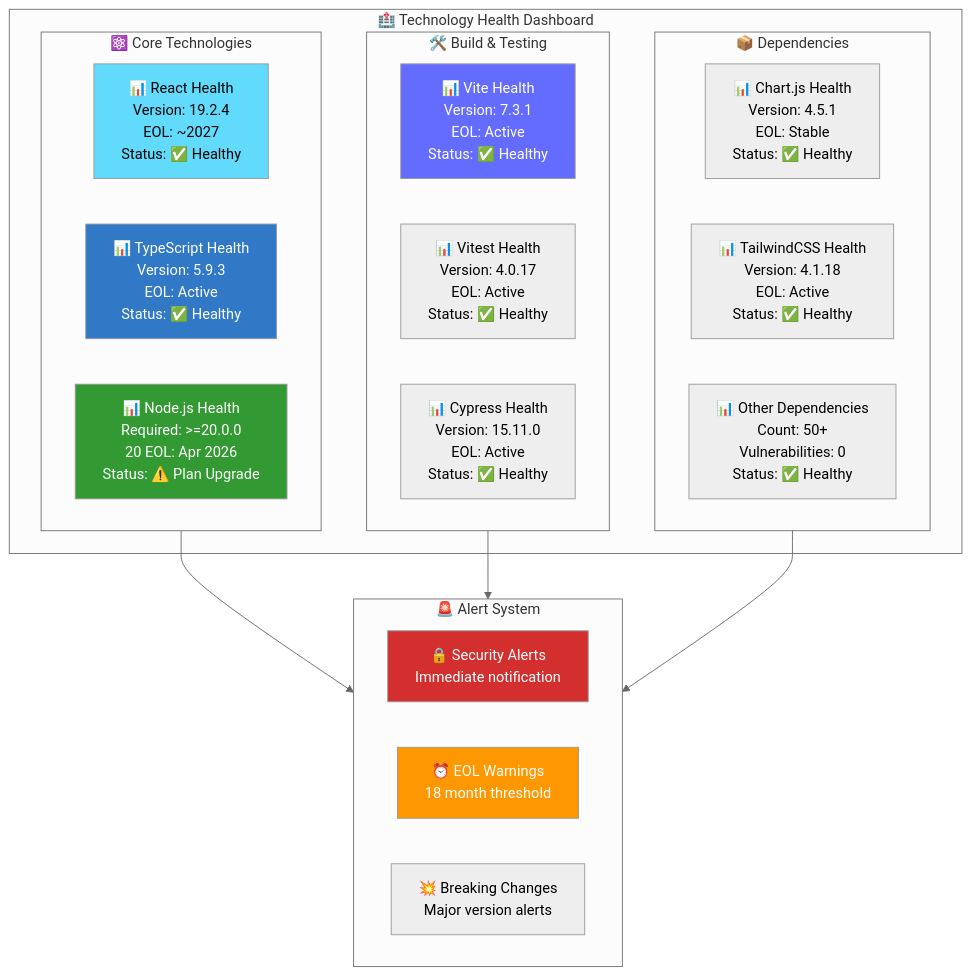
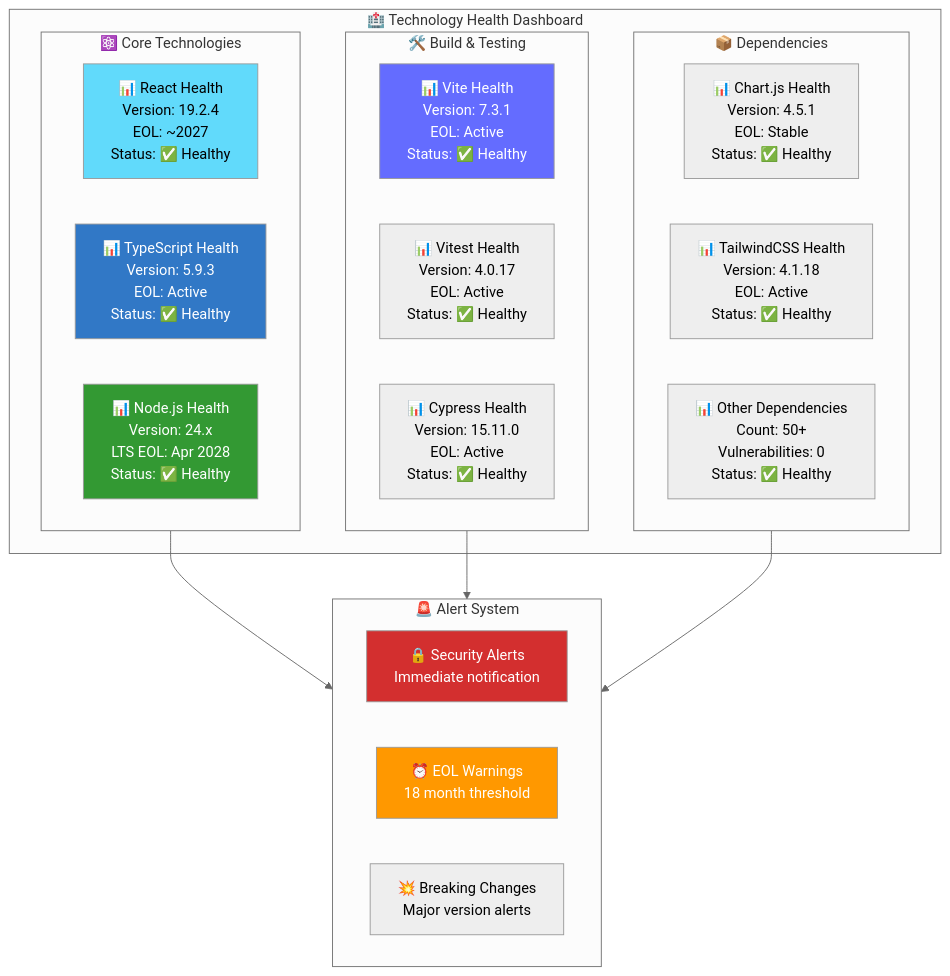
One commit to Hack23/cia-compliance-manager changed the ninth of 9 diagrams in docs/End-of-Life-Strategy.md. Above: the diagram before and after it, drawn with Mermaid (neutral theme). The commit also changed other lines of this file and 3 other files, not shown here.

First line of the commit message:
Address review: use Node.js 24 everywhere, clarify 27.x alpha vs GA timeline

````diff
--- a/docs/End-of-Life-Strategy.md
+++ b/docs/End-of-Life-Strategy.md
@@ -694,39 +694,39 @@
 ```mermaid
 graph TB
     subgraph HEALTH["🏥 Technology Health Dashboard"]
         subgraph CORE["⚛️ Core Technologies"]
             REACT[📊 React Health<br/>Version: 19.2.4<br/>EOL: ~2027<br/>Status: ✅ Healthy]
             TS[📊 TypeScript Health<br/>Version: 5.9.3<br/>EOL: Active<br/>Status: ✅ Healthy]
-            NODE[📊 Node.js Health<br/>Required: >=20.0.0<br/>20 EOL: Apr 2026<br/>Status: ⚠️ Plan Upgrade]
+            NODE[📊 Node.js Health<br/>Version: 24.x<br/>LTS EOL: Apr 2028<br/>Status: ✅ Healthy]
         end
         
         subgraph TOOLS["🛠️ Build & Testing"]
             VITE[📊 Vite Health<br/>Version: 7.3.1<br/>EOL: Active<br/>Status: ✅ Healthy]
             VITEST[📊 Vitest Health<br/>Version: 4.0.17<br/>EOL: Active<br/>Status: ✅ Healthy]
             CYPRESS[📊 Cypress Health<br/>Version: 15.11.0<br/>EOL: Active<br/>Status: ✅ Healthy]
         end
         
         subgraph DEPS["📦 Dependencies"]
             CHART[📊 Chart.js Health<br/>Version: 4.5.1<br/>EOL: Stable<br/>Status: ✅ Healthy]
             TAILWIND[📊 TailwindCSS Health<br/>Version: 4.1.18<br/>EOL: Active<br/>Status: ✅ Healthy]
             OTHER[📊 Other Dependencies<br/>Count: 50+<br/>Vulnerabilities: 0<br/>Status: ✅ Healthy]
         end
     end
     
     subgraph ALERTS["🚨 Alert System"]
         SECURITY[🔒 Security Alerts<br/>Immediate notification]
         EOL[⏰ EOL Warnings<br/>18 month threshold]
         BREAKING[💥 Breaking Changes<br/>Major version alerts]
     end
     
     CORE --> ALERTS
     TOOLS --> ALERTS
     DEPS --> ALERTS
     
     style REACT fill:#61dafb,color:#000
     style TS fill:#3178c6,color:#fff
     style NODE fill:#339933,color:#fff
     style VITE fill:#646cff,color:#fff
     style SECURITY fill:#d32f2f,color:#fff
     style EOL fill:#ff9800,color:#fff
 ```
````
